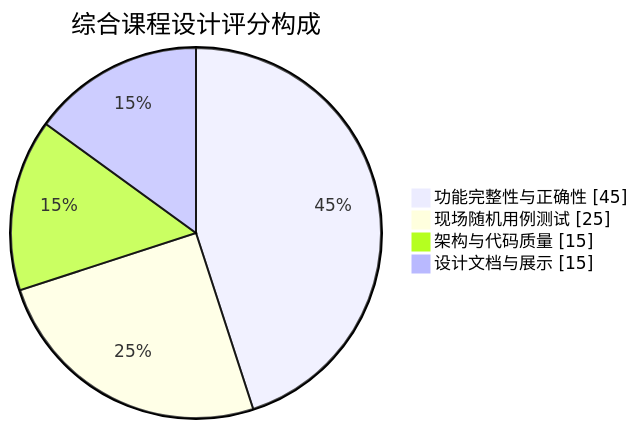
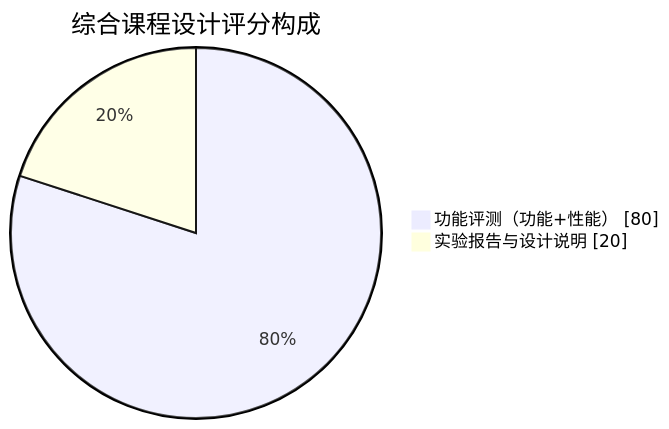
The second of 4 diagrams in docs/labs/capstone.md (lightsmilew/compiler-principles), drawn with Mermaid before and after one commit. The commit also changed other lines of this file and 6 other files, not shown here.

````diff
--- a/docs/labs/capstone.md
+++ b/docs/labs/capstone.md
@@ -72,8 +72,6 @@
 ```mermaid
 pie showData
   title 综合课程设计评分构成
-  "功能完整性与正确性" : 45
-  "现场随机用例测试" : 25
-  "架构与代码质量" : 15
-  "设计文档与展示" : 15
+  "功能评测（功能+性能）" : 80
+  "实验报告与设计说明" : 20
 ```
````
